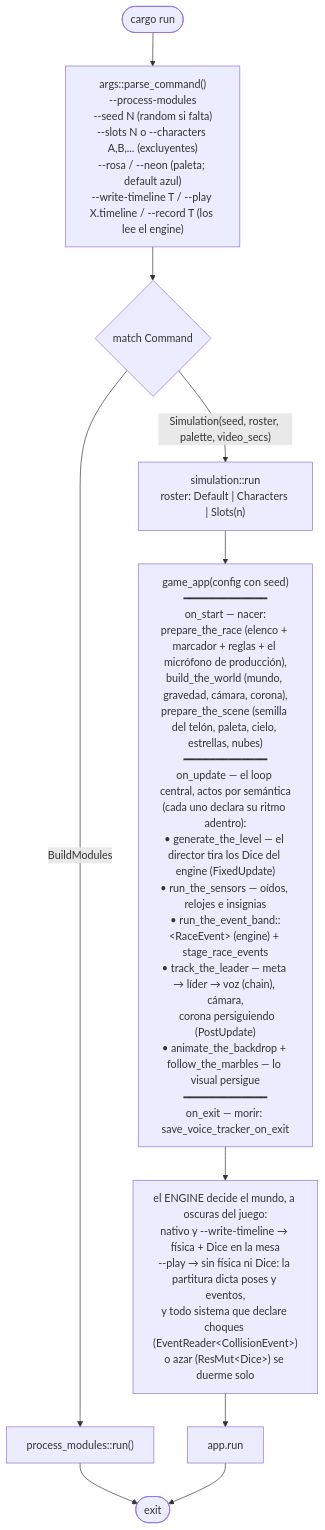
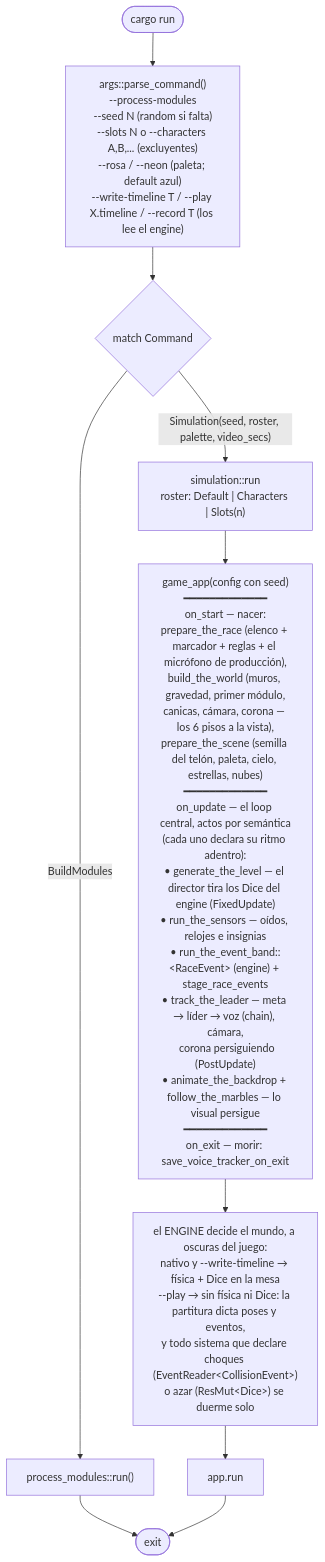
Before and after one commit to jesusgomeznuz/canicasbrawl-rapier: the first of 5 diagrams in docs/flow.md, drawn with Mermaid. The commit also changed other lines of this file and 6 other files, not shown here.

````diff
--- a/docs/flow.md
+++ b/docs/flow.md
@@ -7,15 +7,15 @@
 ```mermaid
 flowchart TD
     Start([cargo run]) --> Parse["args::parse_command()<br/>--process-modules<br/>--seed N (random si falta)<br/>--slots N o --characters A,B,... (excluyentes)<br/>--rosa / --neon (paleta; default azul)<br/>--write-timeline T / --play X.timeline / --record T (los lee el engine)"]
     Parse --> Match{match Command}
     Match -- BuildModules --> Editor["process_modules::run()"]
     Match -- "Simulation(seed, roster, palette, video_secs)" --> Run["simulation::run<br/>roster: Default | Characters | Slots(n)"]
 
-    Run --> Fases["game_app(config con seed)<br/>━━━━━━━━━━━━━<br/>on_start — nacer:<br/>prepare_the_race (elenco + marcador + reglas + el micrófono de producción),<br/>build_the_world (mundo, gravedad, cámara, corona),<br/>prepare_the_scene (semilla del telón, paleta, cielo, estrellas, nubes)<br/>━━━━━━━━━━━━━<br/>on_update — el loop central, actos por semántica<br/>(cada uno declara su ritmo adentro):<br/>• generate_the_level — el director tira los Dice del engine (FixedUpdate)<br/>• run_the_sensors — oídos, relojes e insignias<br/>• run_the_event_band::&lt;RaceEvent&gt; (engine) + stage_race_events<br/>• track_the_leader — meta → líder → voz (chain), cámara,<br/>&nbsp;&nbsp;corona persiguiendo (PostUpdate)<br/>• animate_the_backdrop + follow_the_marbles — lo visual persigue<br/>━━━━━━━━━━━━━<br/>on_exit — morir: save_voice_tracker_on_exit"]
+    Run --> Fases["game_app(config con seed)<br/>━━━━━━━━━━━━━<br/>on_start — nacer:<br/>prepare_the_race (elenco + marcador + reglas + el micrófono de producción),<br/>build_the_world (muros, gravedad, primer módulo,<br/>canicas, cámara, corona — los 6 pisos a la vista),<br/>prepare_the_scene (semilla del telón, paleta, cielo, estrellas, nubes)<br/>━━━━━━━━━━━━━<br/>on_update — el loop central, actos por semántica<br/>(cada uno declara su ritmo adentro):<br/>• generate_the_level — el director tira los Dice del engine (FixedUpdate)<br/>• run_the_sensors — oídos, relojes e insignias<br/>• run_the_event_band::&lt;RaceEvent&gt; (engine) + stage_race_events<br/>• track_the_leader — meta → líder → voz (chain), cámara,<br/>&nbsp;&nbsp;corona persiguiendo (PostUpdate)<br/>• animate_the_backdrop + follow_the_marbles — lo visual persigue<br/>━━━━━━━━━━━━━<br/>on_exit — morir: save_voice_tracker_on_exit"]
 
     Fases --> Dark["el ENGINE decide el mundo, a oscuras del juego:<br/>nativo y --write-timeline → física + Dice en la mesa<br/>--play → sin física ni Dice: la partitura dicta poses y eventos,<br/>y todo sistema que declare choques (EventReader&lt;CollisionEvent&gt;)<br/>o azar (ResMut&lt;Dice&gt;) se duerme solo"]
 
     Editor --> End([exit])
     Dark --> Loop["app.run"]
     Loop --> End
 ```
````
